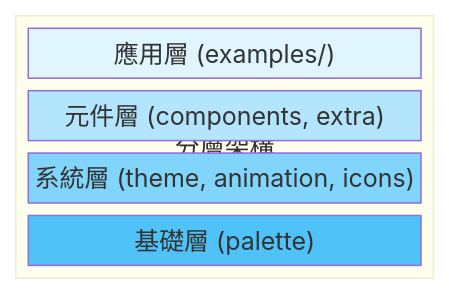
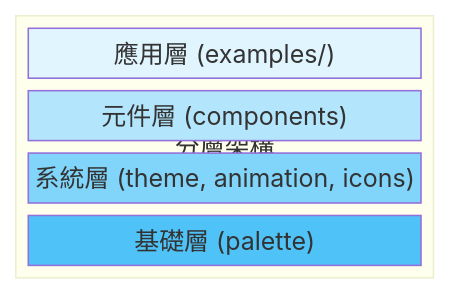
Before and after one commit to celestia-island/hikari: the first of 7 diagrams in docs/zh-Hant/system/overview.md, drawn with Mermaid. The commit also changed other lines of this file and 87 other files, not shown here.

````diff
--- a/docs/zh-Hant/system/overview.md
+++ b/docs/zh-Hant/system/overview.md
@@ -18,15 +17,15 @@
 ```mermaid
 block-beta
   columns 1
   block:layer["分層架構"]:1
     columns 1
     app["應用層 (examples/)"]
-    comp["元件層 (components, extra)"]
+    comp["元件層 (components)"]
     sys["系統層 (theme, animation, icons)"]
     found["基礎層 (palette)"]
   end
   style app fill:#e1f5fe
   style comp fill:#b3e5fc
   style sys fill:#81d4fa
   style found fill:#4fc3f7
 ```
````
